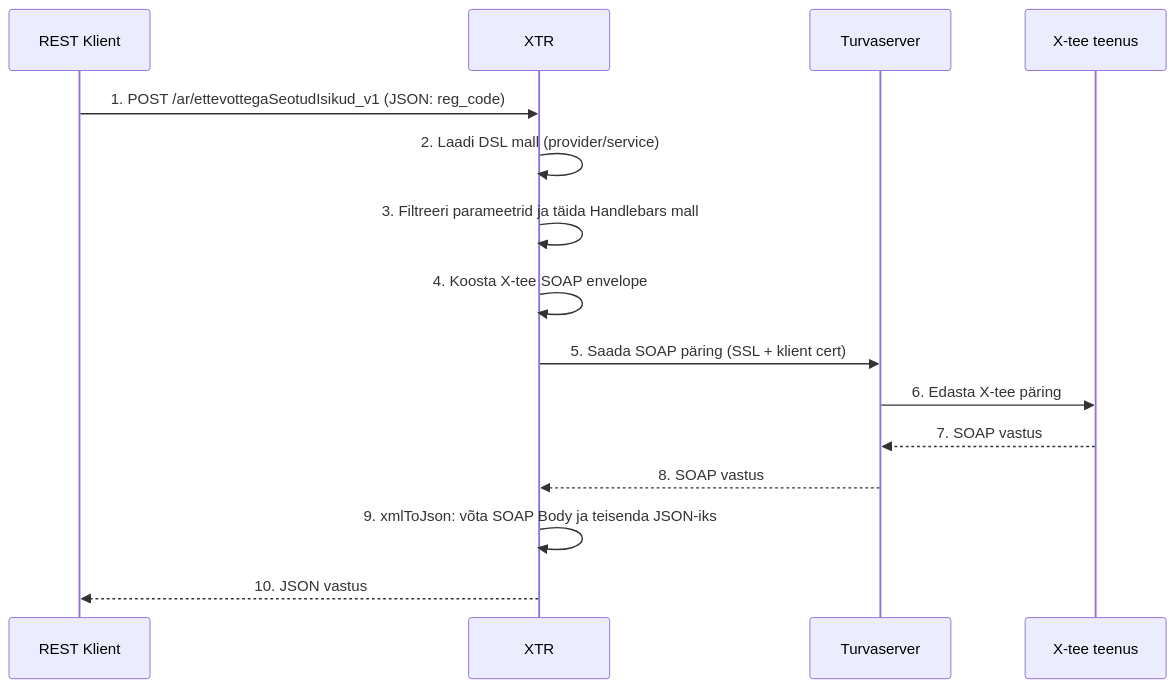
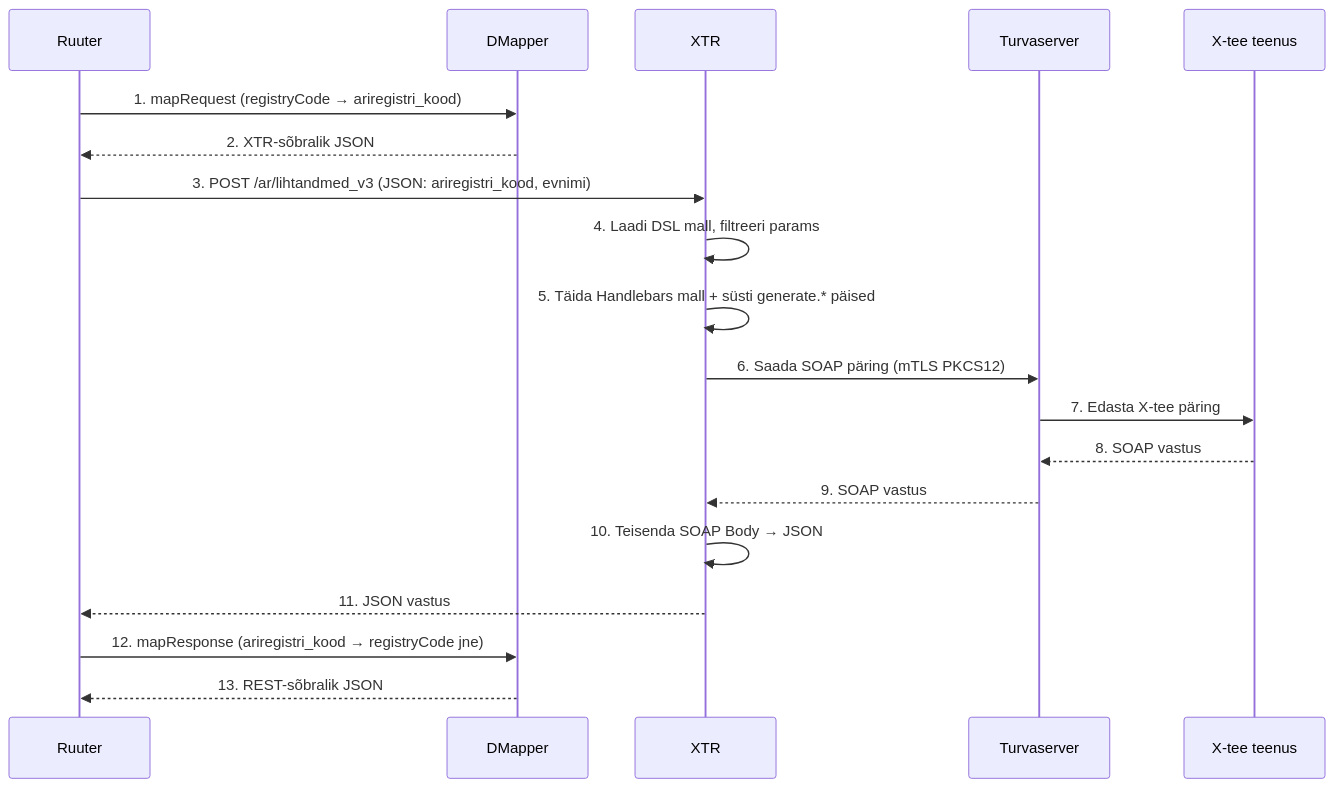
One commit to kemit-ee/ljvis-2 changed the second of 3 diagrams in docs/xtee_implementatsioon.md. Above: the diagram before and after it, drawn with Mermaid. The commit also changed other lines of this file, not shown here.

Commit message:
docs(xtee): update to Rust XTR — xtr.yaml config, generate.* helpers, DMapper pattern, WSDL folder-drop, AR identifiers

````diff
--- a/docs/xtee_implementatsioon.md
+++ b/docs/xtee_implementatsioon.md
@@ -63,18 +71,22 @@
 ```mermaid
 sequenceDiagram
-    participant Klient as REST Klient
+    participant Ruuter as Ruuter
+    participant DM as DMapper
     participant XTR as XTR
     participant TS as Turvaserver
     participant XT as X-tee teenus
 
-    Klient->>XTR: 1. POST /ar/ettevottegaSeotudIsikud_v1 (JSON: reg_code)
-    XTR->>XTR: 2. Laadi DSL mall (provider/service)
-    XTR->>XTR: 3. Filtreeri parameetrid ja täida Handlebars mall
-    XTR->>XTR: 4. Koosta X-tee SOAP envelope
-    XTR->>TS: 5. Saada SOAP päring (SSL + klient cert)
-    TS->>XT: 6. Edasta X-tee päring
-    XT-->>TS: 7. SOAP vastus
-    TS-->>XTR: 8. SOAP vastus
-    XTR->>XTR: 9. xmlToJson: võta SOAP Body ja teisenda JSON-iks
-    XTR-->>Klient: 10. JSON vastus
+    Ruuter->>DM: 1. mapRequest (registryCode → ariregistri_kood)
+    DM-->>Ruuter: 2. XTR-sõbralik JSON
+    Ruuter->>XTR: 3. POST /ar/lihtandmed_v3 (JSON: ariregistri_kood, evnimi)
+    XTR->>XTR: 4. Laadi DSL mall, filtreeri params
+    XTR->>XTR: 5. Täida Handlebars mall + süsti generate.* päised
+    XTR->>TS: 6. Saada SOAP päring (mTLS PKCS12)
+    TS->>XT: 7. Edasta X-tee päring
+    XT-->>TS: 8. SOAP vastus
+    TS-->>XTR: 9. SOAP vastus
+    XTR->>XTR: 10. Teisenda SOAP Body → JSON
+    XTR-->>Ruuter: 11. JSON vastus
+    Ruuter->>DM: 12. mapResponse (ariregistri_kood → registryCode jne)
+    DM-->>Ruuter: 13. REST-sõbralik JSON
 ```
````
